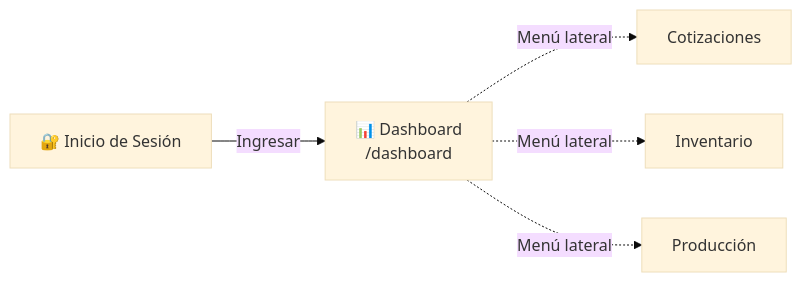
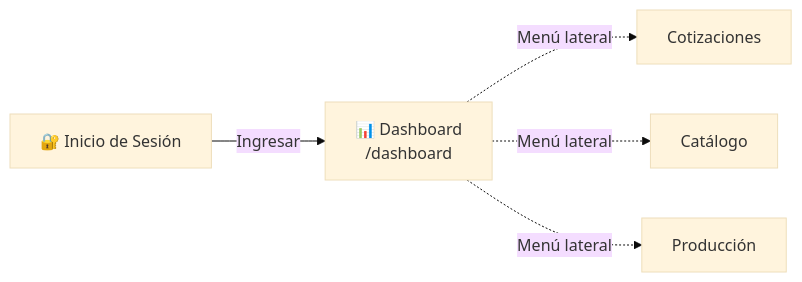
Before and after one commit to redentor159/sistema-erp-inventario: the first of 2 diagrams in public/docs/tutoriales/T01_TUTORIAL_DASHBOARD.md, drawn with Mermaid (base theme). The commit also changed other lines of this file and 18 other files, not shown here.

````diff
--- a/public/docs/tutoriales/T01_TUTORIAL_DASHBOARD.md
+++ b/public/docs/tutoriales/T01_TUTORIAL_DASHBOARD.md
@@ -20,7 +20,7 @@
 ```mermaid
 graph LR
     LOGIN["🔐 Inicio de Sesión"] -->|Ingresar| DASH["📊 Dashboard<br/>/dashboard"]
     DASH -.->|Menú lateral| COT["Cotizaciones"]
-    DASH -.->|Menú lateral| INV["Inventario"]
+    DASH -.->|Menú lateral| CAT["Catálogo"]
     DASH -.->|Menú lateral| PROD["Producción"]
 ```
````
